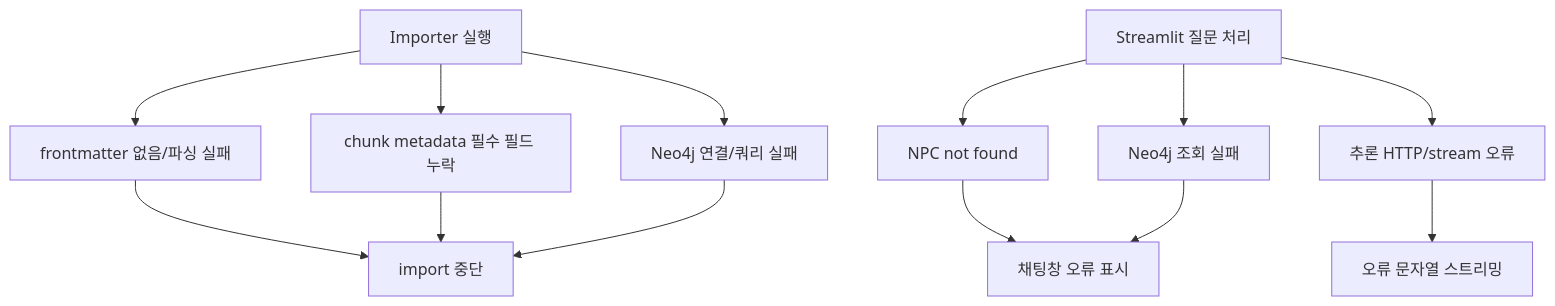
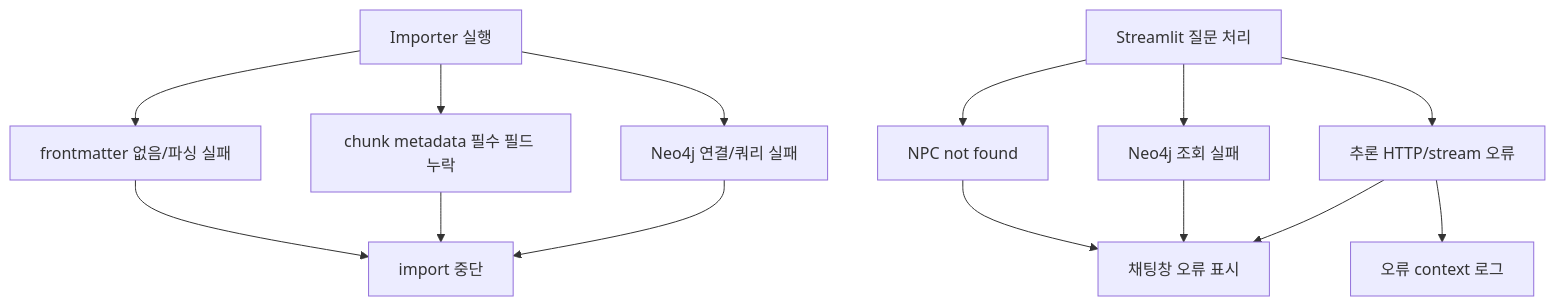
One commit to HRDI0/npc_persona changed diagram 20 of 21 in docs/system_architecture.md. Above: the diagram before and after it, drawn with Mermaid. The commit also changed other lines of this file and 31 other files, not shown here.

````diff
--- a/docs/system_architecture.md
+++ b/docs/system_architecture.md
@@ -821,23 +821,24 @@
 ```mermaid
 flowchart TD
     ImportStart[Importer 실행]
     FMError[frontmatter 없음/파싱 실패]
     ChunkError[chunk metadata 필수 필드 누락]
     DBError[Neo4j 연결/쿼리 실패]
     ImportStop[import 중단]
 
     AppStart[Streamlit 질문 처리]
     NPCMissing[NPC not found]
     QueryError[Neo4j 조회 실패]
     InferError[추론 HTTP/stream 오류]
     UIError[채팅창 오류 표시]
-    UIYield[오류 문자열 스트리밍]
+    UILog[오류 context 로그]
 
     ImportStart --> FMError --> ImportStop
     ImportStart --> ChunkError --> ImportStop
     ImportStart --> DBError --> ImportStop
 
     AppStart --> NPCMissing --> UIError
     AppStart --> QueryError --> UIError
-    AppStart --> InferError --> UIYield
+    AppStart --> InferError --> UIError
+    InferError --> UILog
 ```
````
